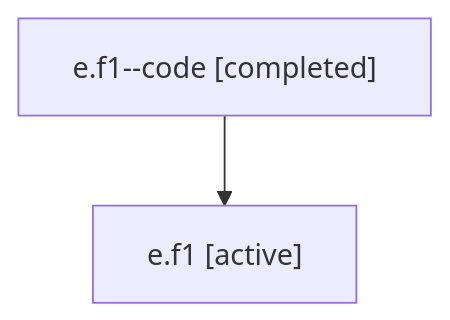
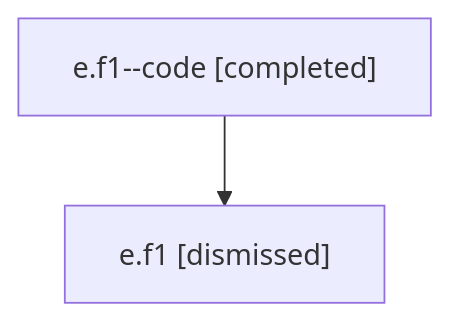
One commit to sase-org/sase--agents changed the diagram in sessions/bbugyi200.athena.e.f1.md. Above: the diagram before and after it, drawn with Mermaid. The commit also changed other lines of this file and 33 other files, not shown here.

````diff
--- a/sessions/bbugyi200.athena.e.f1.md
+++ b/sessions/bbugyi200.athena.e.f1.md
@@ -9,6 +9,6 @@
 ```mermaid
 flowchart TD
   n0["e.f1--code [completed]"]
-  n1["e.f1 [active]"]
+  n1["e.f1 [dismissed]"]
   n0 --> n1
 ```
````
